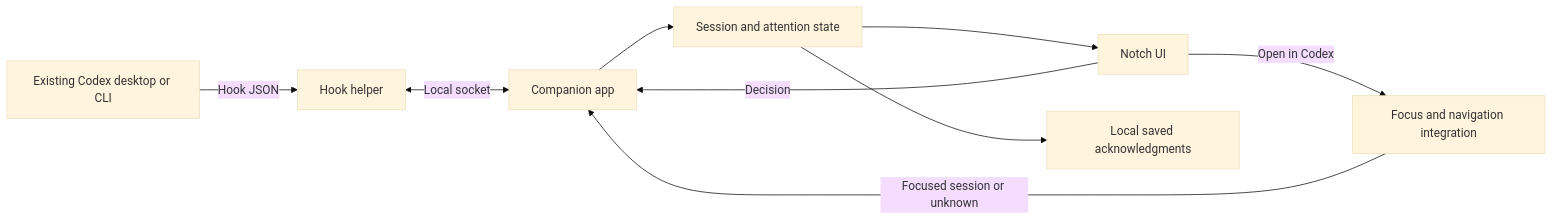
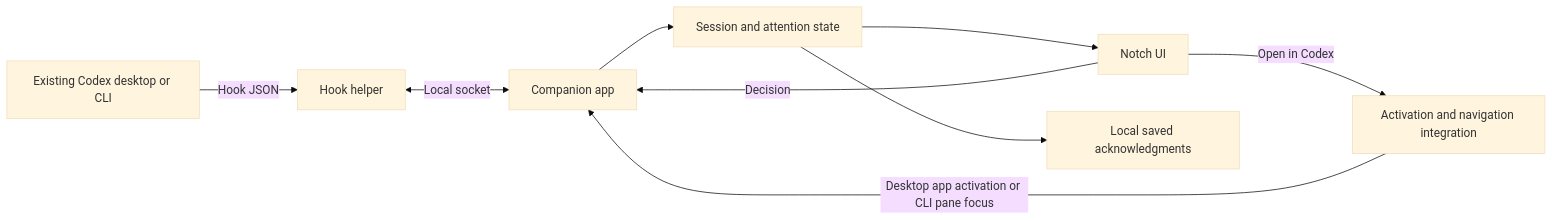
The diagram in docs/architecture.md (r-curio/herdly), drawn with Mermaid (base theme) before and after one commit. The commit also changed other lines of this file and 6 other files, not shown here.

Commit message:
Adopt desktop app-level visibility and explicit completion dismissal

````diff
--- a/docs/architecture.md
+++ b/docs/architecture.md
@@ -9,11 +9,11 @@
 ```mermaid
 flowchart LR
     C[Existing Codex desktop or CLI] -->|Hook JSON| H[Hook helper]
     H <-->|Local socket| A[Companion app]
     A --> S[Session and attention state]
     S --> N[Notch UI]
     N -->|Decision| A
-    F[Focus and navigation integration] -->|Focused session or unknown| A
+    F[Activation and navigation integration] -->|Desktop app activation or CLI pane focus| A
     N -->|Open in Codex| F
     S --> P[Local saved acknowledgments]
 ```
````
